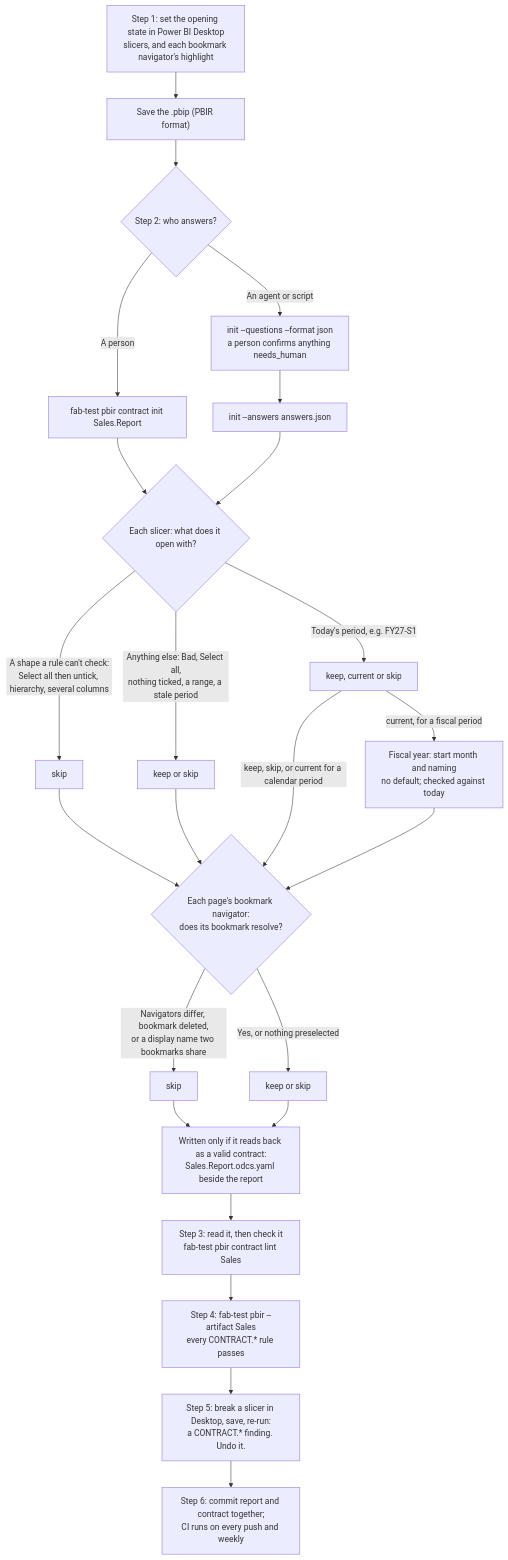
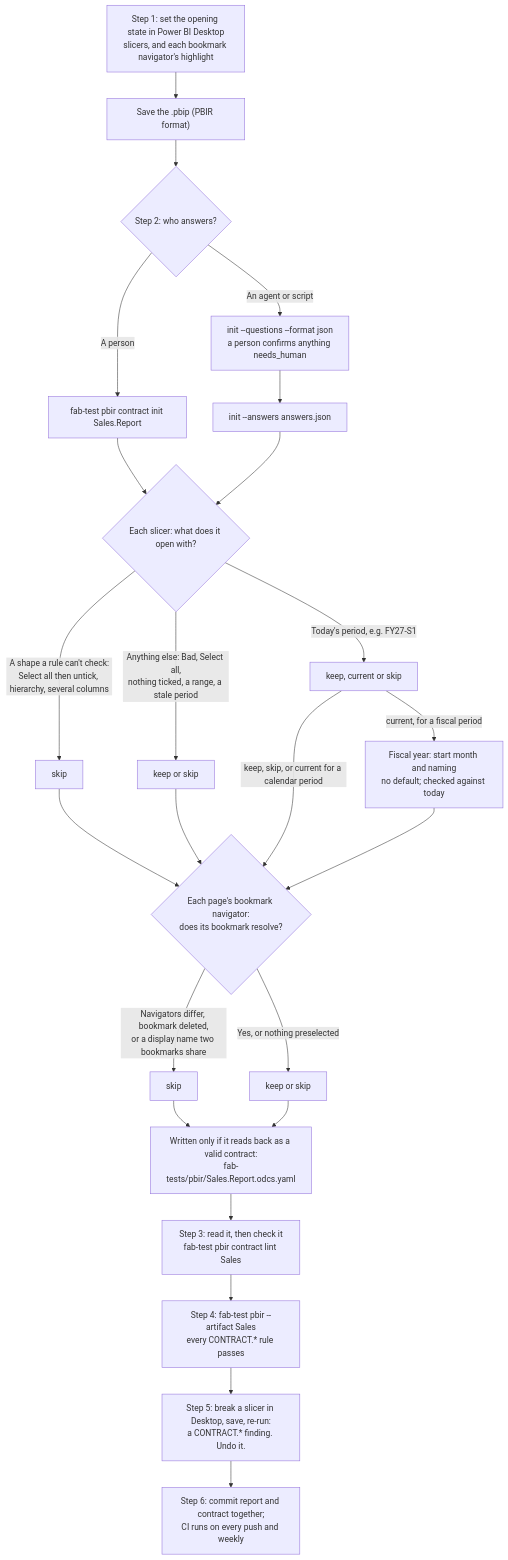
One commit to clientfirsttech/fab-test changed the diagram in docs/SLICER-CONTRACTS-WALKTHROUGH.md. Above: the diagram before and after it, drawn with Mermaid. The commit also changed other lines of this file and 41 other files, not shown here.

````diff
--- a/docs/SLICER-CONTRACTS-WALKTHROUGH.md
+++ b/docs/SLICER-CONTRACTS-WALKTHROUGH.md
@@ -12,30 +12,30 @@
 ```mermaid
 flowchart TD
     A["Step 1: set the opening state in Power BI Desktop<br/>slicers, and each bookmark navigator's highlight"] --> B["Save the .pbip (PBIR format)"]
     B --> C{"Step 2: who answers?"}
 
     C -->|"A person"| D["fab-test pbir contract init Sales.Report"]
     C -->|"An agent or script"| E["init --questions --format json<br/>a person confirms anything needs_human"]
     E --> F["init --answers answers.json"]
 
     D --> G{"Each slicer: what does it open with?"}
     F --> G
     G -->|"A shape a rule can't check:<br/>Select all then untick, hierarchy, several columns"| H["skip"]
     G -->|"Today's period, e.g. FY27-S1"| J["keep, current or skip"]
     G -->|"Anything else: Bad, Select all,<br/>nothing ticked, a range, a stale period"| I["keep or skip"]
     J -->|"current, for a fiscal period"| K["Fiscal year: start month and naming<br/>no default; checked against today"]
 
     H --> L{"Each page's bookmark navigator:<br/>does its bookmark resolve?"}
     I --> L
     J -->|"keep, skip, or current for a calendar period"| L
     K --> L
     L -->|"Navigators differ, bookmark deleted,<br/>or a display name two bookmarks share"| M["skip"]
     L -->|"Yes, or nothing preselected"| N["keep or skip"]
 
-    M --> O["Written only if it reads back as a valid contract:<br/>Sales.Report.odcs.yaml beside the report"]
+    M --> O["Written only if it reads back as a valid contract:<br/>fab-tests/pbir/Sales.Report.odcs.yaml"]
     N --> O
     O --> P["Step 3: read it, then check it<br/>fab-test pbir contract lint Sales"]
     P --> Q["Step 4: fab-test pbir --artifact Sales<br/>every CONTRACT.* rule passes"]
     Q --> R["Step 5: break a slicer in Desktop, save, re-run:<br/>a CONTRACT.* finding. Undo it."]
     R --> S["Step 6: commit report and contract together;<br/>CI runs on every push and weekly"]
 ```
````
